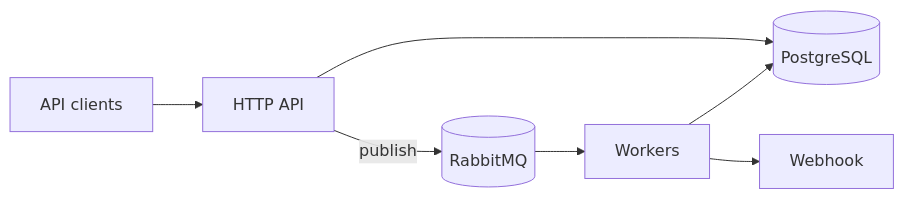
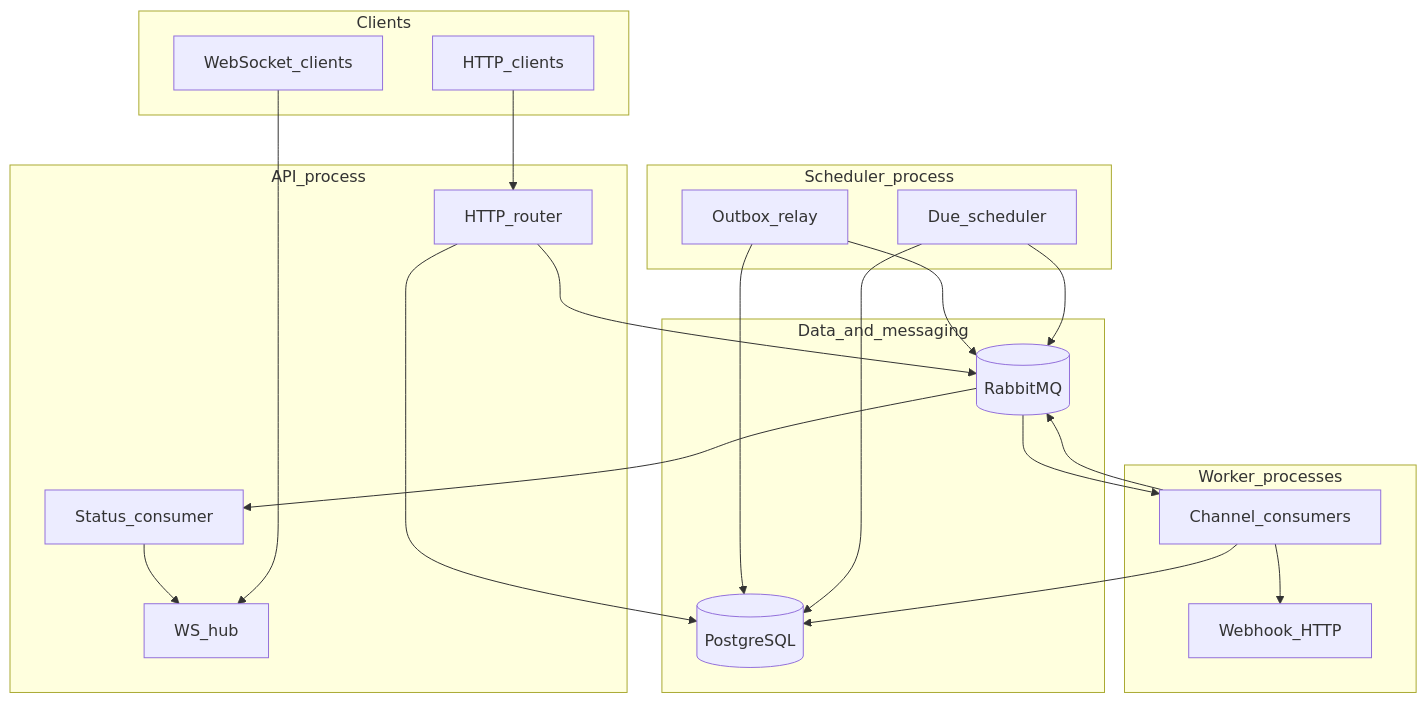
The diagram in README.md (yigitaltunay/notifyStream), drawn with Mermaid before and after one commit. The commit also changed other lines of this file and 27 other files, not shown here.

Commit message:
feat: extract outbox relay and due scheduler to cmd/scheduler

````diff
--- a/README.md
+++ b/README.md
@@ -7,16 +36,43 @@
 ```mermaid
-flowchart LR
-  Client[API clients]
-  API[HTTP API]
-  DB[(PostgreSQL)]
-  RMQ[(RabbitMQ)]
-  W[Workers]
-  WH[Webhook]
+flowchart TB
+  subgraph clients [Clients]
+    HTTP[HTTP_clients]
+    WS[WebSocket_clients]
+  end
 
-  Client --> API
+  subgraph api_proc [API_process]
+    API[HTTP_router]
+    ST[Status_consumer]
+    HUB[WS_hub]
+  end
+
+  subgraph sched_proc [Scheduler_process]
+    OB[Outbox_relay]
+    SCH[Due_scheduler]
+  end
+
+  subgraph data [Data_and_messaging]
+    DB[(PostgreSQL)]
+    RMQ[(RabbitMQ)]
+  end
+
+  subgraph worker_proc [Worker_processes]
+    W1[Channel_consumers]
+    WH[Webhook_HTTP]
+  end
+
+  HTTP --> API
   API --> DB
-  API -->|publish| RMQ
-  RMQ --> W
-  W --> WH
-  W --> DB
+  API --> RMQ
+  OB --> DB
+  OB --> RMQ
+  SCH --> DB
+  SCH --> RMQ
+  RMQ --> W1
+  W1 --> WH
+  W1 --> DB
+  W1 --> RMQ
+  RMQ --> ST
+  ST --> HUB
+  WS --> HUB
 ```
````
